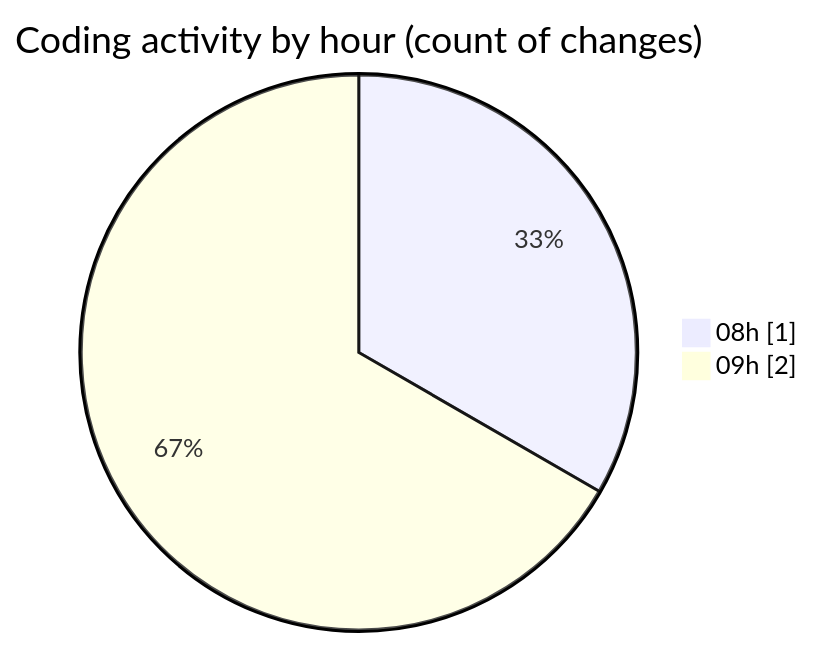
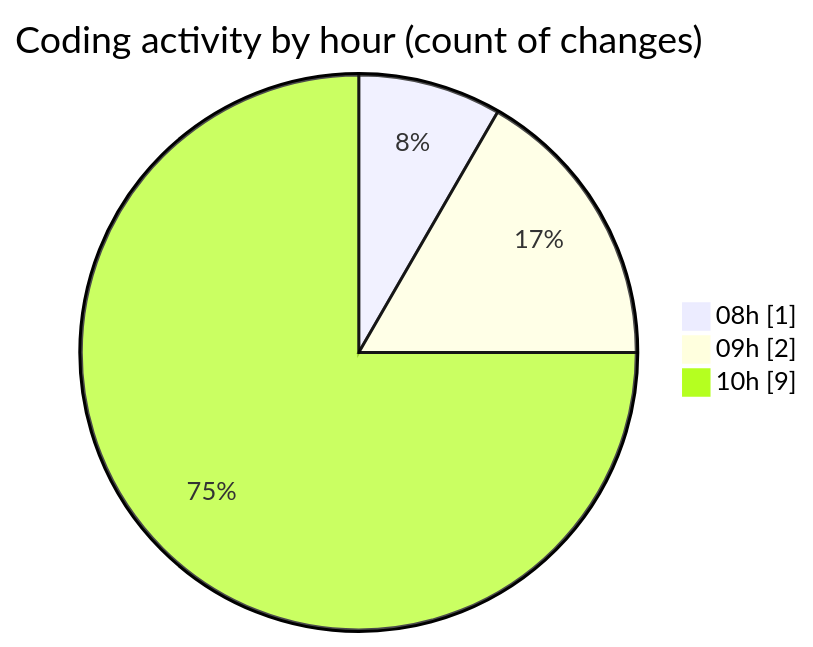
Before and after one commit to MatusMokan/code-tracking: the second of 2 diagrams in 2025-05-15/myws__workspace_/README.md, drawn with Mermaid. The commit also changed other lines of this file and 1 other file, not shown here.

````diff
--- a/2025-05-15/myws__workspace_/README.md
+++ b/2025-05-15/myws__workspace_/README.md
@@ -29,6 +36,7 @@
 ```mermaid
 pie showData
 title Coding activity by hour (count of changes)
 "08h" : 1
 "09h" : 2
+"10h" : 9
 ```
````
